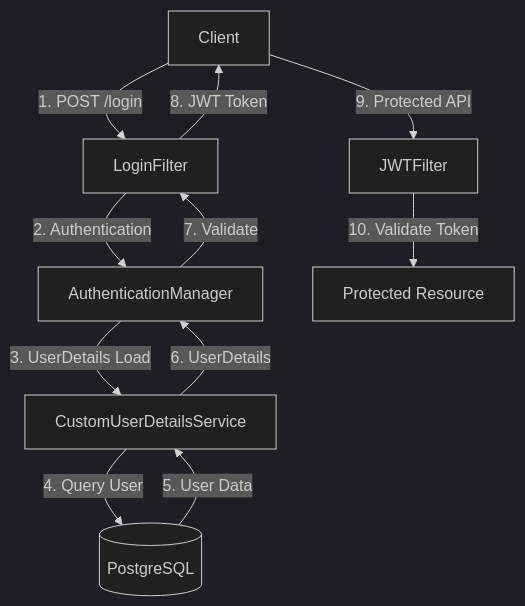
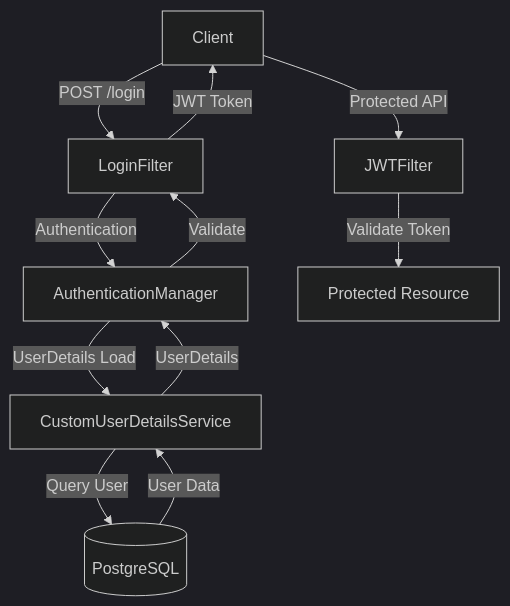
The second of 2 diagrams in README.md (yelm-212/spring-jwt-login-logout), drawn with Mermaid (dark theme) before and after one commit.

````diff
--- a/README.md
+++ b/README.md
@@ -26,14 +26,14 @@
 ```mermaid
 graph TD
-    A[Client] -->|1. POST /login| B[LoginFilter]
-    B -->|2. Authentication| C[AuthenticationManager]
-    C -->|3. UserDetails Load| D[CustomUserDetailsService]
-    D -->|4. Query User| E[(PostgreSQL)]
-    E -->|5. User Data| D
-    D -->|6. UserDetails| C
-    C -->|7. Validate| B
-    B -->|8. JWT Token| A
+    A[Client] -->|POST /login| B[LoginFilter]
+    B -->|Authentication| C[AuthenticationManager]
+    C -->|UserDetails Load| D[CustomUserDetailsService]
+    D -->|Query User| E[(PostgreSQL)]
+    E -->|User Data| D
+    D -->|UserDetails| C
+    C -->|Validate| B
+    B -->|JWT Token| A
 
-    A -->|9. Protected API| F[JWTFilter]
-    F -->|10. Validate Token| G[Protected Resource]
+    A -->|Protected API| F[JWTFilter]
+    F -->|Validate Token| G[Protected Resource]
 ```
````
